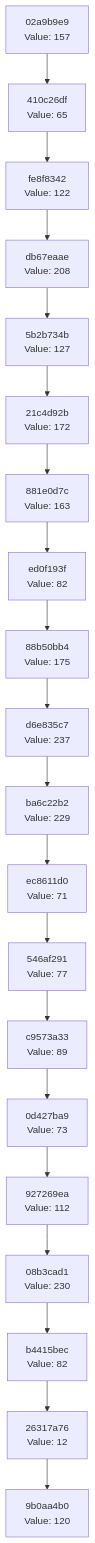
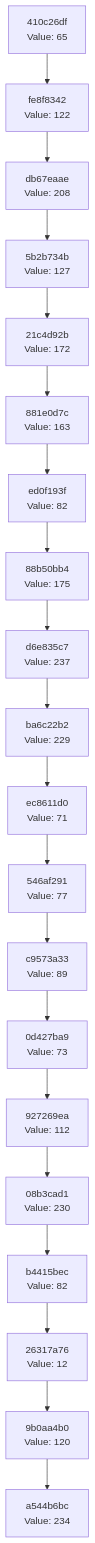
The diagram in docs/CHAIN_VISUALIZATION.md (Abhisheksinha1506/hash-chain-evolver), drawn with Mermaid before and after one commit. The commit also changed 3 other files, not shown here.

````diff
--- a/docs/CHAIN_VISUALIZATION.md
+++ b/docs/CHAIN_VISUALIZATION.md
@@ -3,42 +3,42 @@
 ```mermaid
 graph TD
-    C0["9b0aa4b0<br/>Value: 120"]
-    C1["26317a76<br/>Value: 12"]
+    C0["a544b6bc<br/>Value: 234"]
+    C1["9b0aa4b0<br/>Value: 120"]
     C1 --> C0
-    C2["b4415bec<br/>Value: 82"]
+    C2["26317a76<br/>Value: 12"]
     C2 --> C1
-    C3["08b3cad1<br/>Value: 230"]
+    C3["b4415bec<br/>Value: 82"]
     C3 --> C2
-    C4["927269ea<br/>Value: 112"]
+    C4["08b3cad1<br/>Value: 230"]
     C4 --> C3
-    C5["0d427ba9<br/>Value: 73"]
+    C5["927269ea<br/>Value: 112"]
     C5 --> C4
-    C6["c9573a33<br/>Value: 89"]
+    C6["0d427ba9<br/>Value: 73"]
     C6 --> C5
-    C7["546af291<br/>Value: 77"]
+    C7["c9573a33<br/>Value: 89"]
     C7 --> C6
-    C8["ec8611d0<br/>Value: 71"]
+    C8["546af291<br/>Value: 77"]
     C8 --> C7
-    C9["ba6c22b2<br/>Value: 229"]
+    C9["ec8611d0<br/>Value: 71"]
     C9 --> C8
-    C10["d6e835c7<br/>Value: 237"]
+    C10["ba6c22b2<br/>Value: 229"]
     C10 --> C9
-    C11["88b50bb4<br/>Value: 175"]
+    C11["d6e835c7<br/>Value: 237"]
     C11 --> C10
-    C12["ed0f193f<br/>Value: 82"]
+    C12["88b50bb4<br/>Value: 175"]
     C12 --> C11
-    C13["881e0d7c<br/>Value: 163"]
+    C13["ed0f193f<br/>Value: 82"]
     C13 --> C12
-    C14["21c4d92b<br/>Value: 172"]
+    C14["881e0d7c<br/>Value: 163"]
     C14 --> C13
-    C15["5b2b734b<br/>Value: 127"]
+    C15["21c4d92b<br/>Value: 172"]
     C15 --> C14
-    C16["db67eaae<br/>Value: 208"]
+    C16["5b2b734b<br/>Value: 127"]
     C16 --> C15
-    C17["fe8f8342<br/>Value: 122"]
+    C17["db67eaae<br/>Value: 208"]
     C17 --> C16
-    C18["410c26df<br/>Value: 65"]
+    C18["fe8f8342<br/>Value: 122"]
     C18 --> C17
-    C19["02a9b9e9<br/>Value: 157"]
+    C19["410c26df<br/>Value: 65"]
     C19 --> C18
 ```
````
